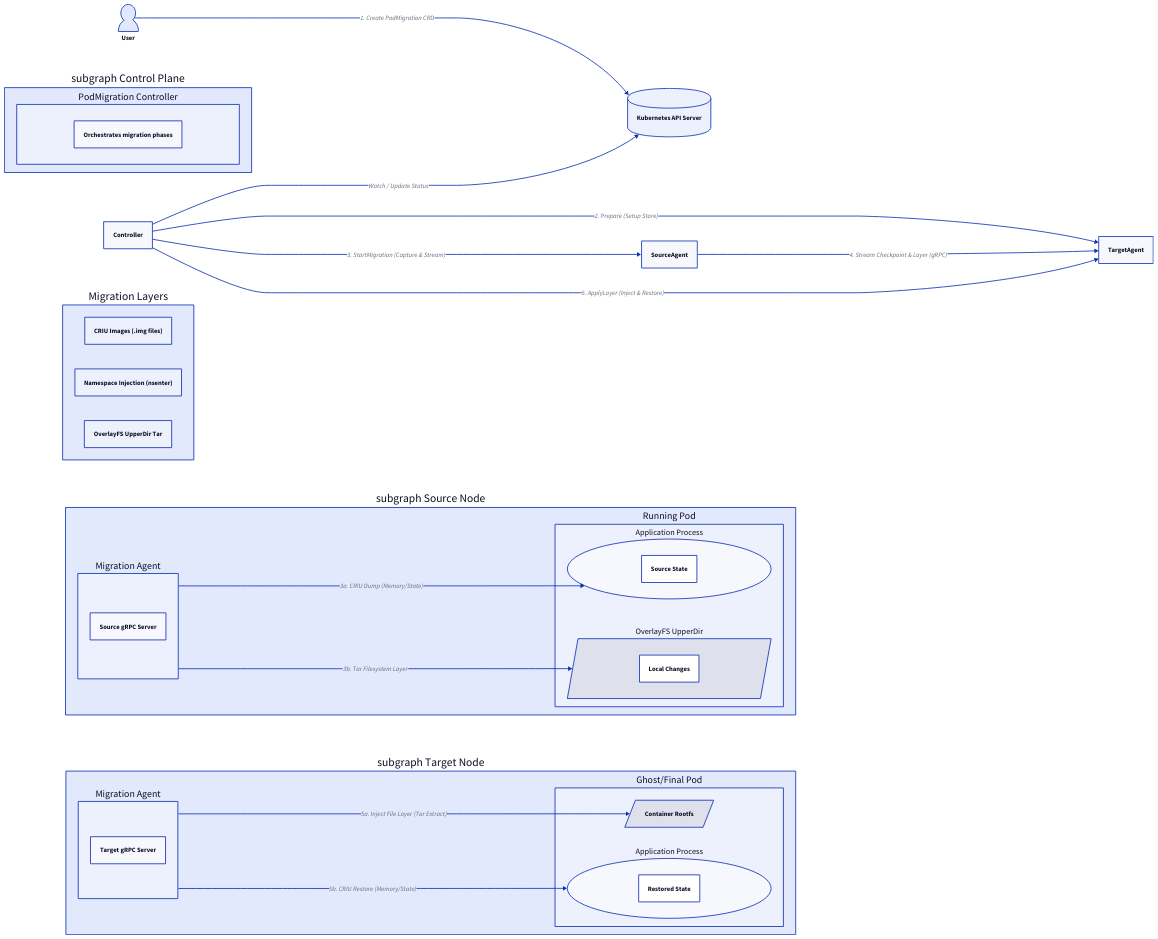
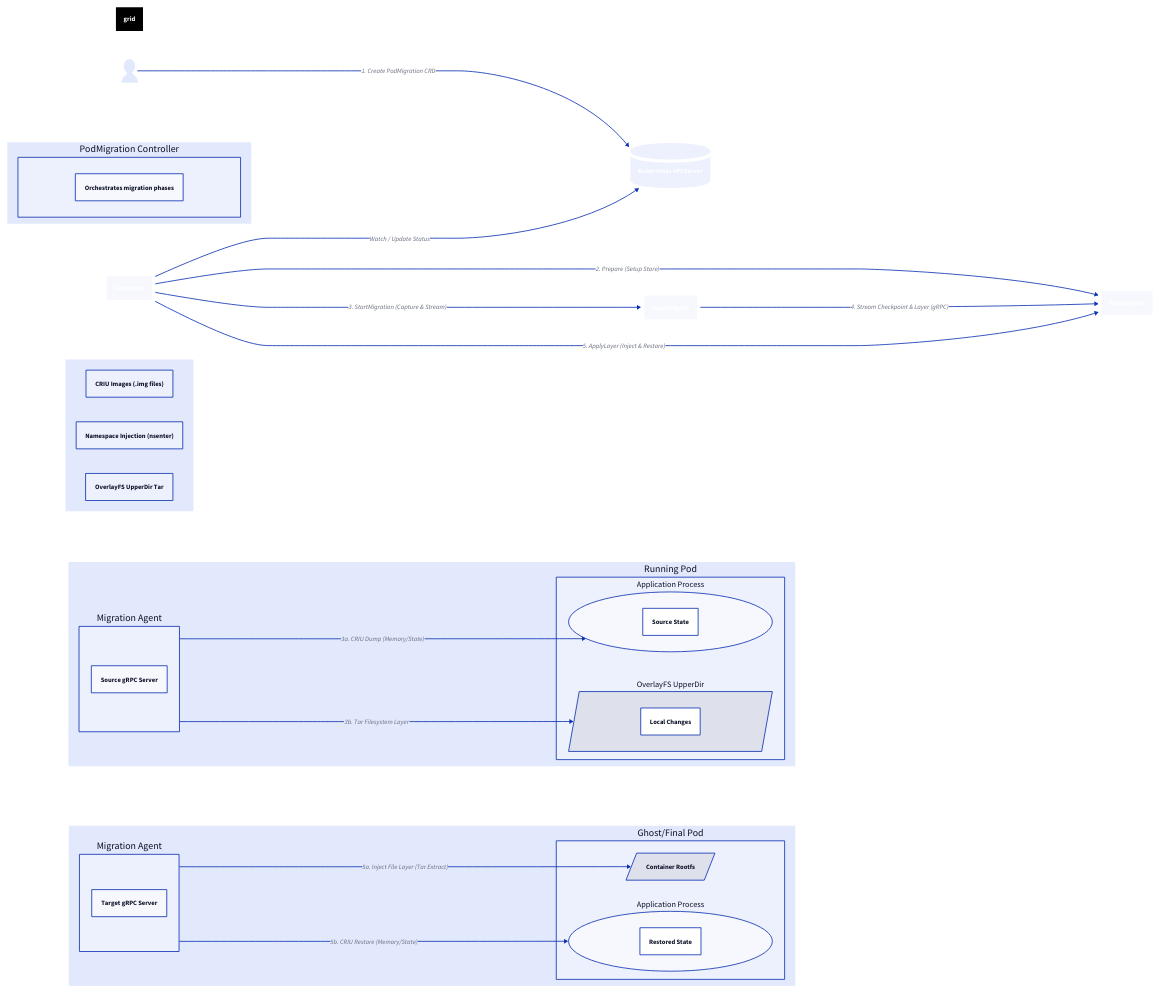
The diagram in architecture.d2 (cloudnexus-io/transporter), drawn with D2 before and after one commit. The commit also changed 1 other file, not shown here.

Commit message:
chore: add architecture diagram

```diff
--- a/architecture.d2
+++ b/architecture.d2
@@ -1,71 +1,86 @@
 direction: right
+vars: {
+  theme: 200
+}
+
+*.style: {
+  stroke-width: 8
+  stroke: "#FFFFFF"
+  font-color: "#FFFFFF"
+}
+
+grid: {
+  style: {
+    fill: "#000000"
+  }
+}
 
 User: User {
   shape: person
 }
 
 K8s: Kubernetes API Server {
   shape: cylinder
 }
 
 User -> K8s: 1. Create PodMigration CRD
 
 subgraph Control Plane {
   Controller: PodMigration Controller {
     shape: square
     description: "Orchestrates migration phases"
   }
 }
 
 Controller -> K8s: Watch / Update Status
 
 subgraph Source Node {
   SourceAgent: Migration Agent {
     description: "Source gRPC Server"
   }
   
   SourcePod: Running Pod {
     Process: Application Process {
       shape: circle
       description: "Source State"
     }
     Filesystem: OverlayFS UpperDir {
       shape: parallelogram
       description: "Local Changes"
     }
   }
 
   SourceAgent -> SourcePod.Process: 3a. CRIU Dump (Memory/State)
   SourceAgent -> SourcePod.Filesystem: 3b. Tar Filesystem Layer
 }
 
 subgraph Target Node {
   TargetAgent: Migration Agent {
     description: "Target gRPC Server"
   }
   
   GhostPod: Ghost/Final Pod {
     RestoredProcess: Application Process {
       shape: circle
       description: "Restored State"
     }
     TargetFS: Container Rootfs {
       shape: parallelogram
     }
   }
 
   TargetAgent -> GhostPod.TargetFS: 5a. Inject File Layer (Tar Extract)
   TargetAgent -> GhostPod.RestoredProcess: 5b. CRIU Restore (Memory/State)
 }
 
 Controller -> TargetAgent: 2. Prepare (Setup Store)
 Controller -> SourceAgent: 3. StartMigration (Capture & Stream)
 SourceAgent -> TargetAgent: 4. Stream Checkpoint & Layer (gRPC)
 Controller -> TargetAgent: 5. ApplyLayer (Inject & Restore)
 
 # Highlighting specific migration types
 legend: Migration Layers {
   Memory: "CRIU Images (.img files)"
   Process: "Namespace Injection (nsenter)"
   FileLayer: "OverlayFS UpperDir Tar"
 }
```
